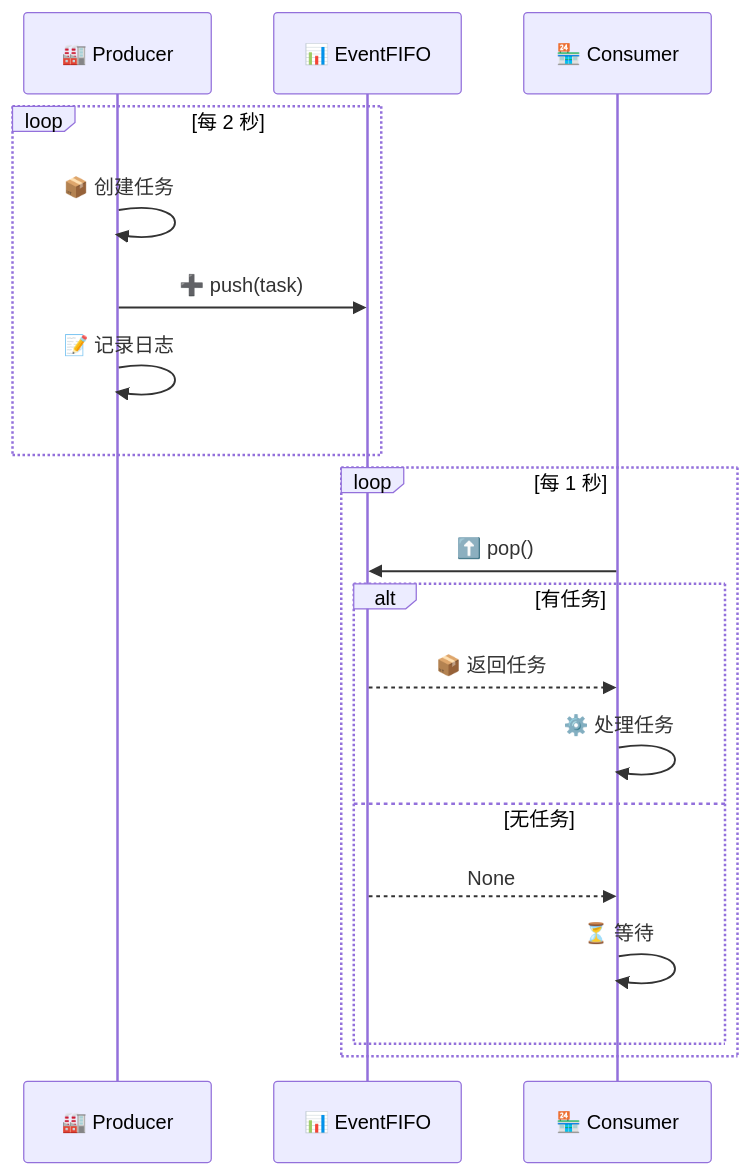
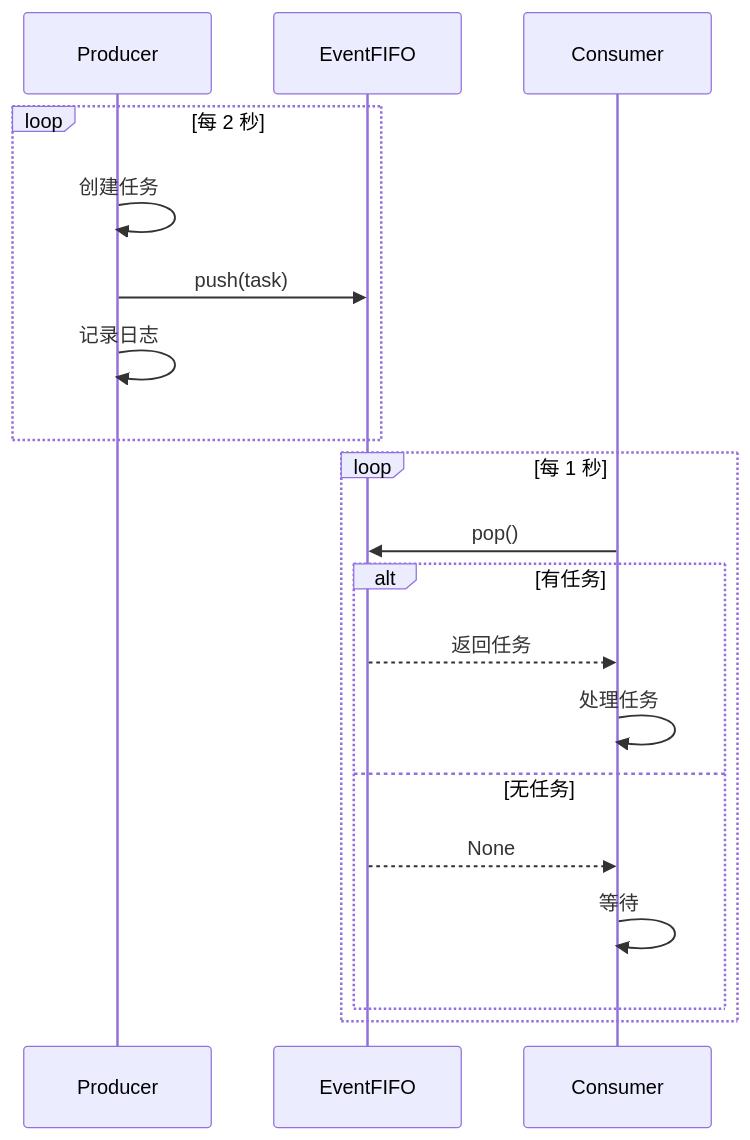
The fourth of 5 diagrams in docs/zh/core/fifo.md (YearsAlso/zoo-framework-doc), drawn with Mermaid before and after one commit. The commit also changed other lines of this file and 24 other files, not shown here.

First line of the commit message:
docs(site): 站点正式化与内容严肃化，附 bench 报告截图

````diff
--- a/docs/zh/core/fifo.md
+++ b/docs/zh/core/fifo.md
@@ -298,23 +298,23 @@
 ```mermaid
 sequenceDiagram
-    participant P as 🏭 Producer
-    participant F as 📊 EventFIFO
-    participant C as 🏪 Consumer
+    participant P as  Producer
+    participant F as  EventFIFO
+    participant C as  Consumer
     
     loop 每 2 秒
-        P->>P: 📦 创建任务
-        P->>F: ➕ push(task)
-        P->>P: 📝 记录日志
+        P->>P:  创建任务
+        P->>F:  push(task)
+        P->>P:  记录日志
     end
     
     loop 每 1 秒
-        C->>F: ⬆️ pop()
+        C->>F:  pop()
         alt 有任务
-            F-->>C: 📦 返回任务
-            C->>C: ⚙️ 处理任务
+            F-->>C:  返回任务
+            C->>C:  处理任务
         else 无任务
             F-->>C: None
-            C->>C: ⏳ 等待
+            C->>C:  等待
         end
     end
 ```
````
